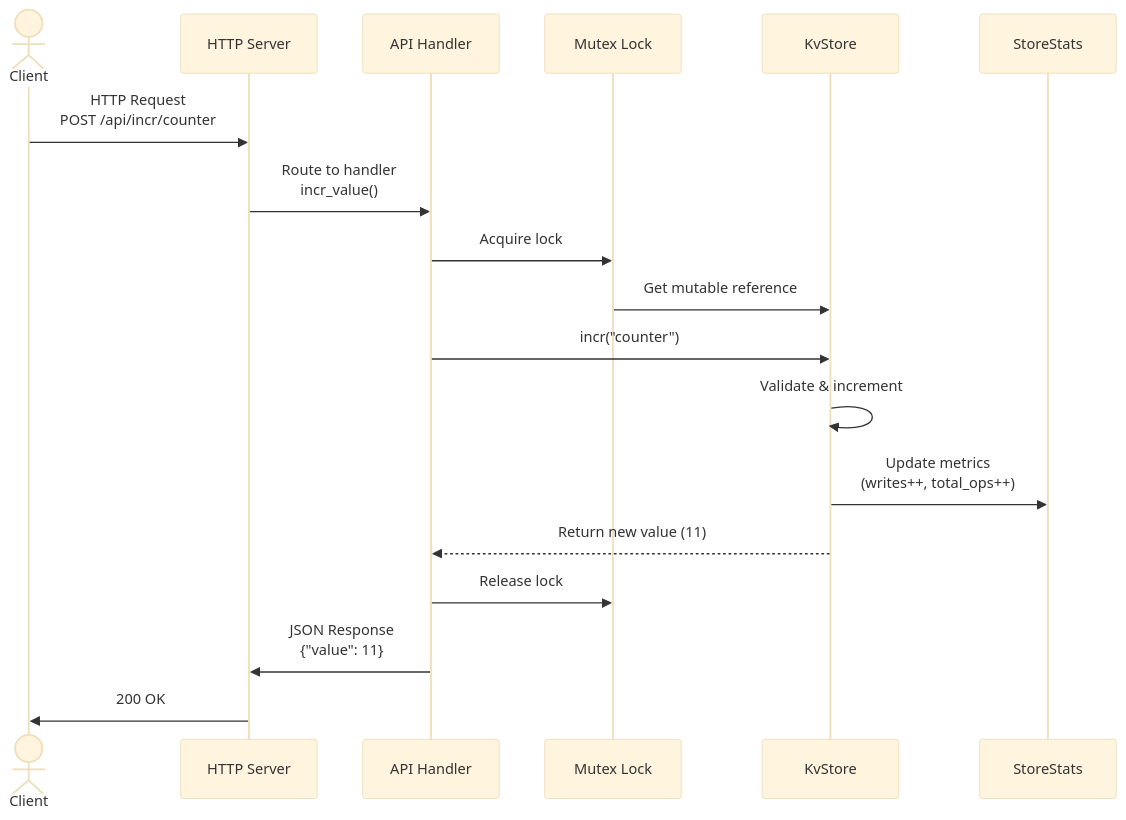
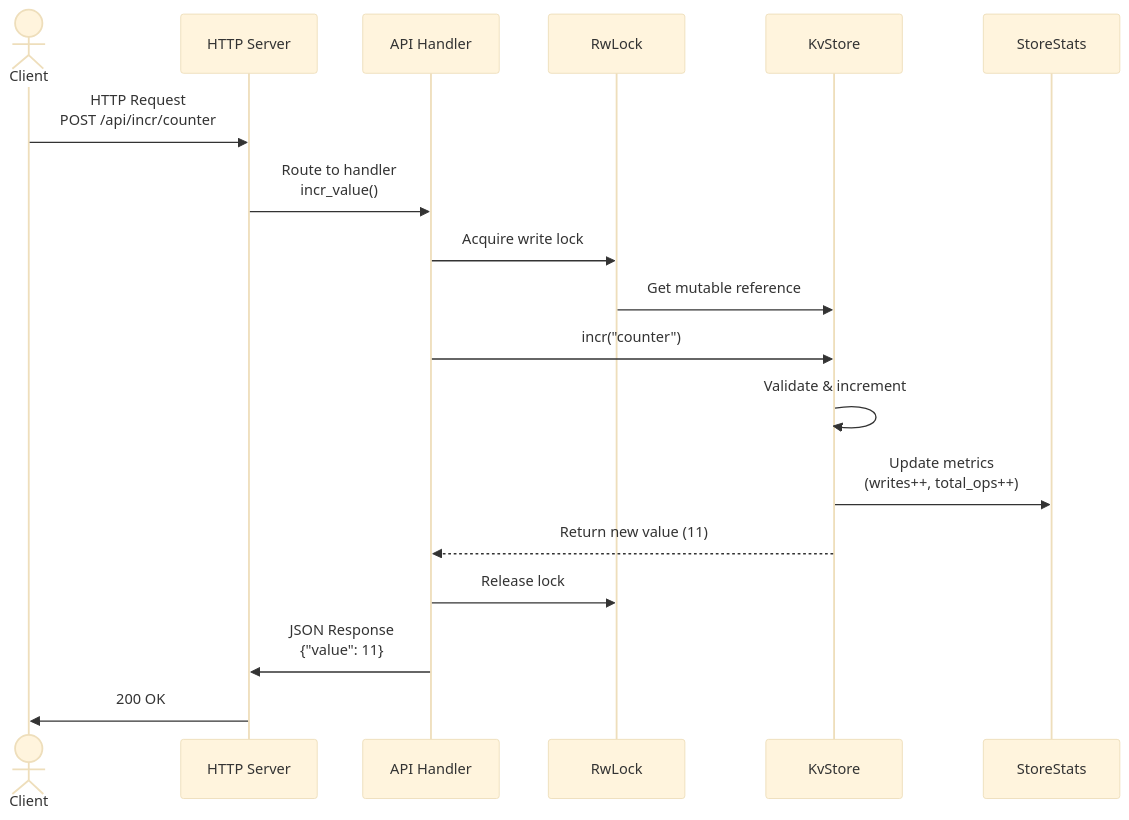
Before and after one commit to shubhamsugara22/daikon: the third of 12 diagrams in ARCHITECTURE.md, drawn with Mermaid (base theme). The commit also changed 5 other files, not shown here.

````diff
--- a/ARCHITECTURE.md
+++ b/ARCHITECTURE.md
@@ -85,23 +85,23 @@
 ```mermaid
 sequenceDiagram
     actor Client
     participant HTTP as HTTP Server
     participant API as API Handler
-    participant Mutex as Mutex Lock
+    participant RwLock as RwLock
     participant Store as KvStore
     participant Stats as StoreStats
 
     Client->>HTTP: HTTP Request<br/>POST /api/incr/counter
     HTTP->>API: Route to handler<br/>incr_value()
-    API->>Mutex: Acquire lock
-    Mutex->>Store: Get mutable reference
+    API->>RwLock: Acquire write lock
+    RwLock->>Store: Get mutable reference
     
     API->>Store: incr("counter")
     Store->>Store: Validate & increment
     Store->>Stats: Update metrics<br/>(writes++, total_ops++)
     Store-->>API: Return new value (11)
     
-    API->>Mutex: Release lock
+    API->>RwLock: Release lock
     API->>HTTP: JSON Response<br/>{"value": 11}
     HTTP->>Client: 200 OK
 ```
````
